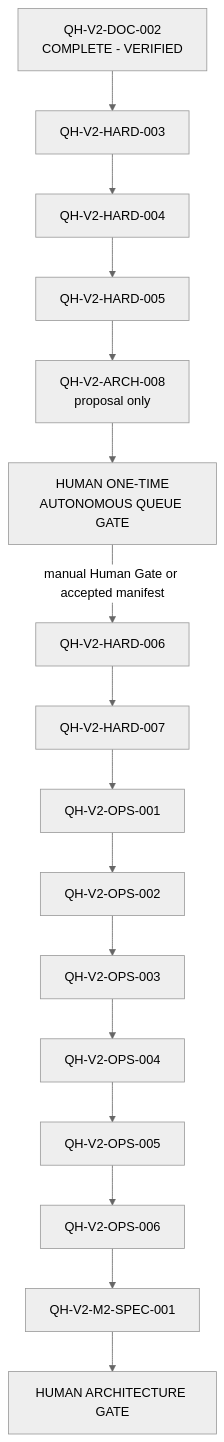
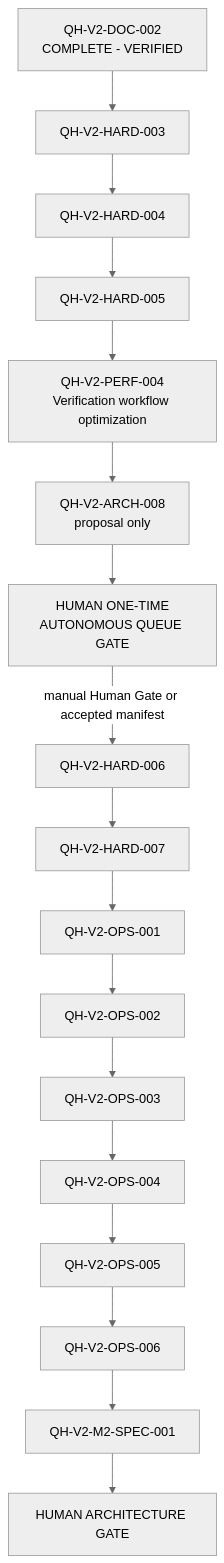
One commit to tmdgns104/qwen-harness-test changed the diagram in BACKLOG.md. Above: the diagram before and after it, drawn with Mermaid (neutral theme). The commit also changed other lines of this file, not shown here.

Commit message:
insert PERF-004 before ARCH-008

````diff
--- a/BACKLOG.md
+++ b/BACKLOG.md
@@ -129,18 +132,19 @@
 ```mermaid
 flowchart TD
     D002["QH-V2-DOC-002<br/>COMPLETE - VERIFIED"] --> H003["QH-V2-HARD-003"]
     H003 --> H004["QH-V2-HARD-004"]
     H004 --> H005["QH-V2-HARD-005"]
-    H005 --> A008["QH-V2-ARCH-008<br/>proposal only"]
+    H005 --> P004["QH-V2-PERF-004<br/>Verification workflow optimization"]
+    P004 --> A008["QH-V2-ARCH-008<br/>proposal only"]
     A008 --> Gate1["HUMAN ONE-TIME<br/>AUTONOMOUS QUEUE GATE"]
     Gate1 -->|"manual Human Gate or accepted manifest"| H006["QH-V2-HARD-006"]
     H006 --> H007["QH-V2-HARD-007"]
     H007 --> O001["QH-V2-OPS-001"]
     O001 --> O002["QH-V2-OPS-002"]
     O002 --> O003["QH-V2-OPS-003"]
     O003 --> O004["QH-V2-OPS-004"]
     O004 --> O005["QH-V2-OPS-005"]
     O005 --> O006["QH-V2-OPS-006"]
     O006 --> M2["QH-V2-M2-SPEC-001"]
     M2 --> Gate["HUMAN ARCHITECTURE GATE"]
 ```
````
